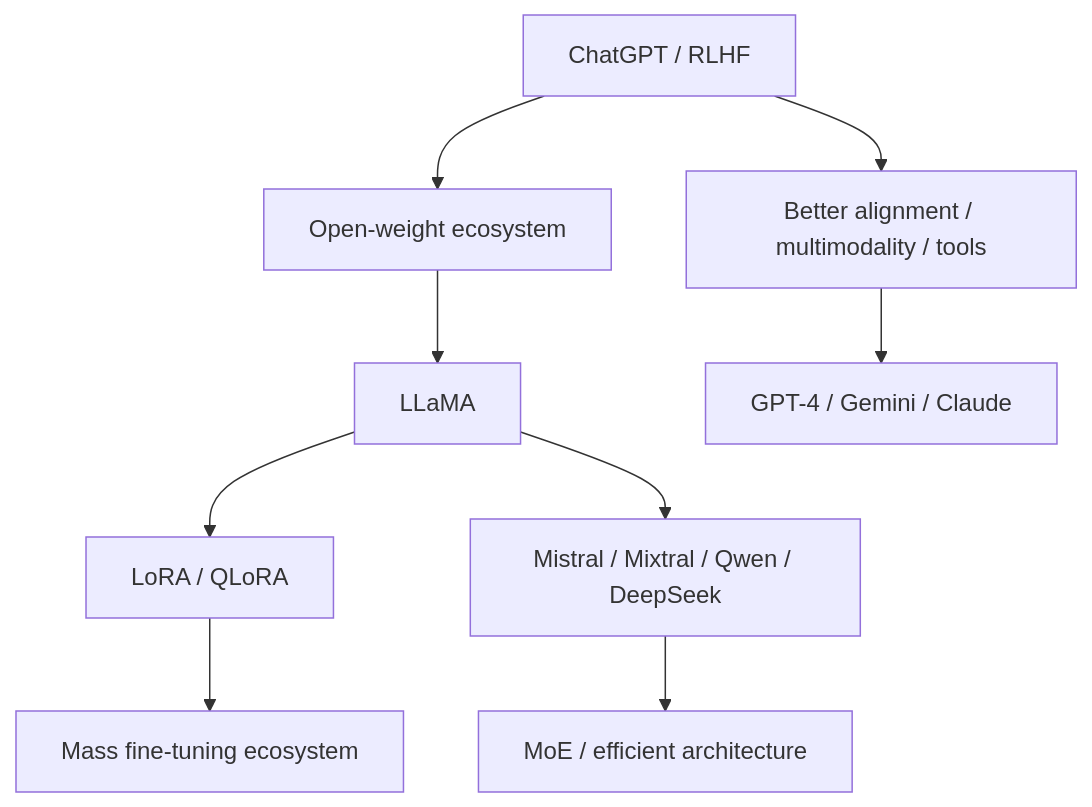
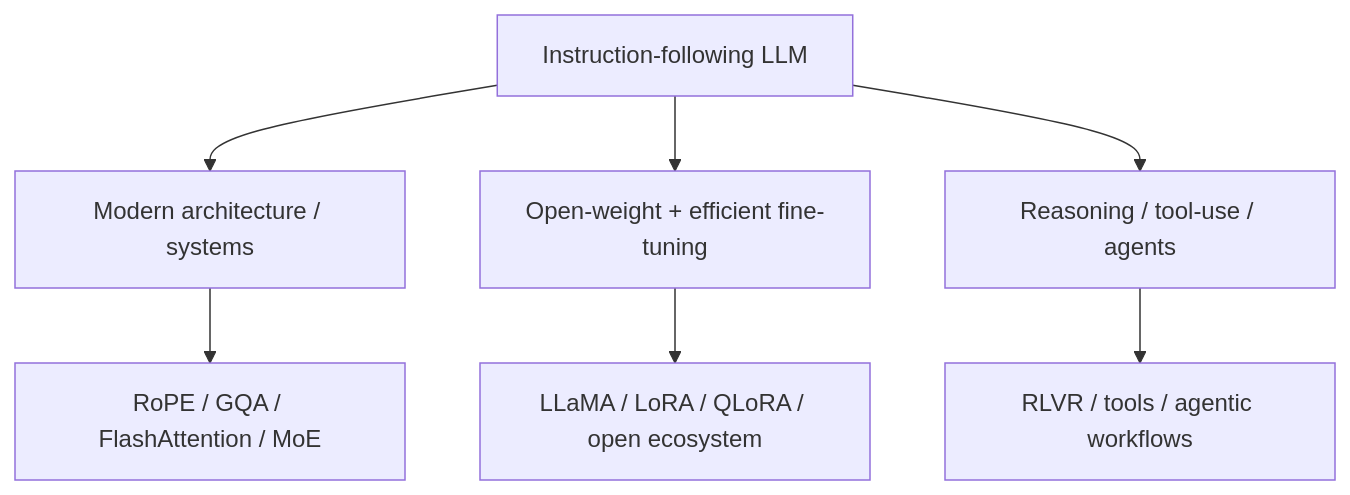
One commit to Yukun-Zheng/LLM-development changed the sixth of 6 diagrams in 教材-book/03-对齐与ChatGPT-alignment-chatgpt.md. Above: the diagram before and after it, drawn with Mermaid. The commit also changed other lines of this file, not shown here.

Commit message:
Expand alignment chapter with implementation-level RLHF, PPO, DPO and RLVR

````diff
--- a/教材-book/03-对齐与ChatGPT-alignment-chatgpt.md
+++ b/教材-book/03-对齐与ChatGPT-alignment-chatgpt.md
@@ -682,11 +1814,9 @@
 ```mermaid
 flowchart TD
-    A[ChatGPT / RLHF] --> B[Better alignment / multimodality / tools]
-    A --> C[Open-weight ecosystem]
-    C --> D[LLaMA]
-    D --> E[LoRA / QLoRA]
-    D --> F[Mistral / Mixtral / Qwen / DeepSeek]
-    B --> G[GPT-4 / Gemini / Claude]
-    E --> H[Mass fine-tuning ecosystem]
-    F --> I[MoE / efficient architecture]
+    A[Instruction-following LLM] --> B[Modern architecture / systems]
+    A --> C[Open-weight + efficient fine-tuning]
+    A --> D[Reasoning / tool-use / agents]
+    B --> E[RoPE / GQA / FlashAttention / MoE]
+    C --> F[LLaMA / LoRA / QLoRA / open ecosystem]
+    D --> G[RLVR / tools / agentic workflows]
 ```
````
